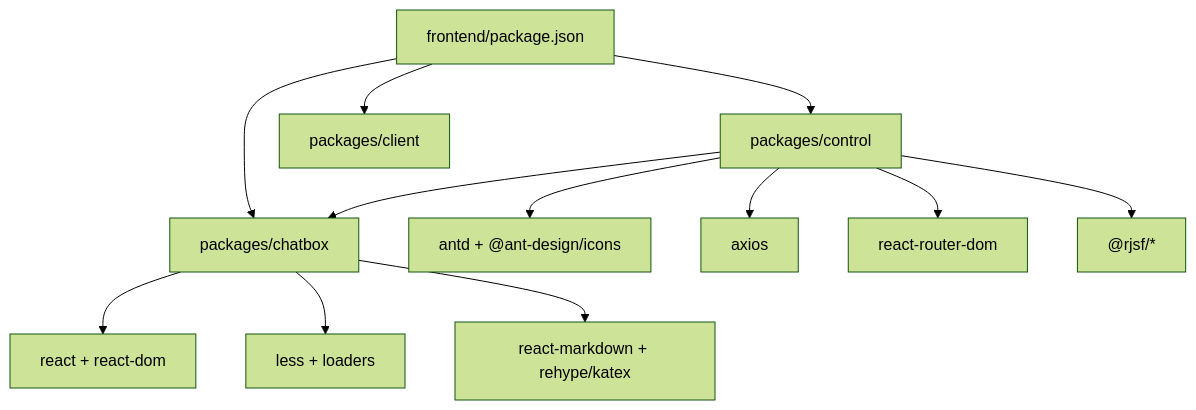
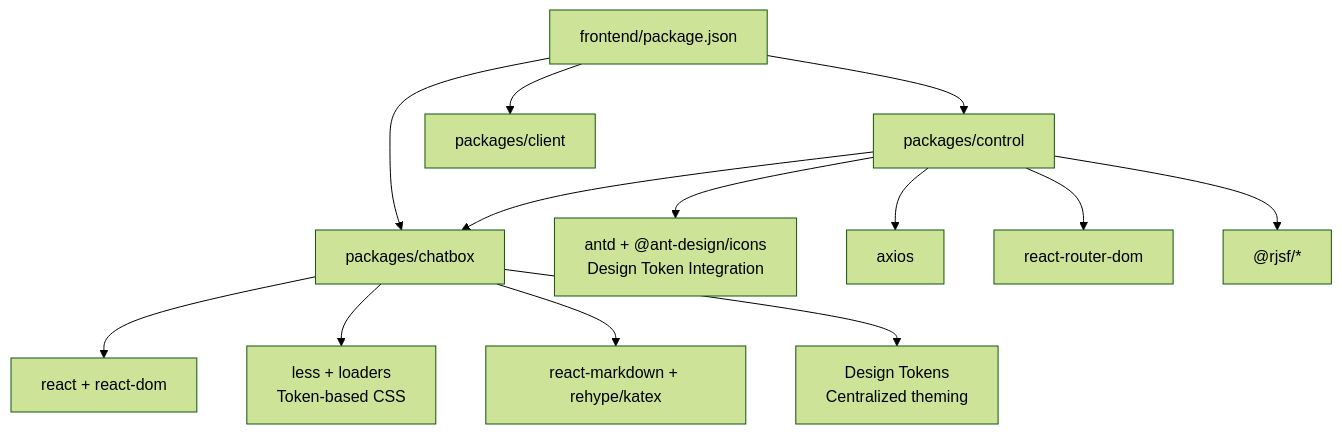
Before and after one commit to alibaba/tron-one-agent: the seventh of 8 diagrams in .qoder/repowiki/en/content/Frontend Architecture/Frontend Architecture.md, drawn with Mermaid (forest theme). The commit also changed other lines of this file and 6 other files, not shown here.

````diff
--- a/.qoder/repowiki/en/content/Frontend Architecture/Frontend Architecture.md
+++ b/.qoder/repowiki/en/content/Frontend Architecture/Frontend Architecture.md
@@ -298,14 +397,15 @@
 ```mermaid
 graph TB
 Root["frontend/package.json"] --> Chatbox["packages/chatbox"]
 Root --> Control["packages/control"]
 Root --> Client["packages/client"]
-Control --> AntD["antd + @ant-design/icons"]
+Control --> AntD["antd + @ant-design/icons<br/>Design Token Integration"]
 Control --> Axios["axios"]
 Control --> Router["react-router-dom"]
 Control --> RJSF["@rjsf/*"]
 Control --> Chatbox
 Chatbox --> React["react + react-dom"]
-Chatbox --> Less["less + loaders"]
+Chatbox --> Less["less + loaders<br/>Token-based CSS"]
 Chatbox --> Markdown["react-markdown + rehype/katex"]
+Chatbox --> Tokens["Design Tokens<br/>Centralized theming"]
 ```
````
